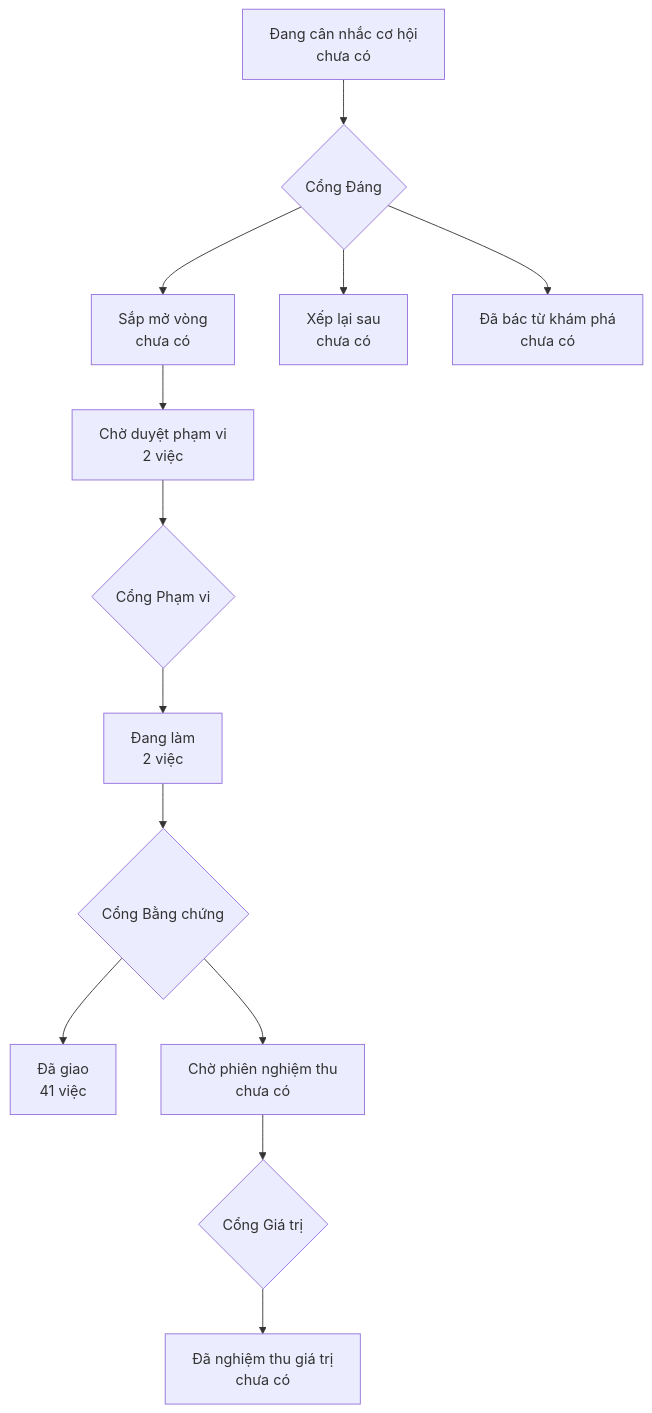
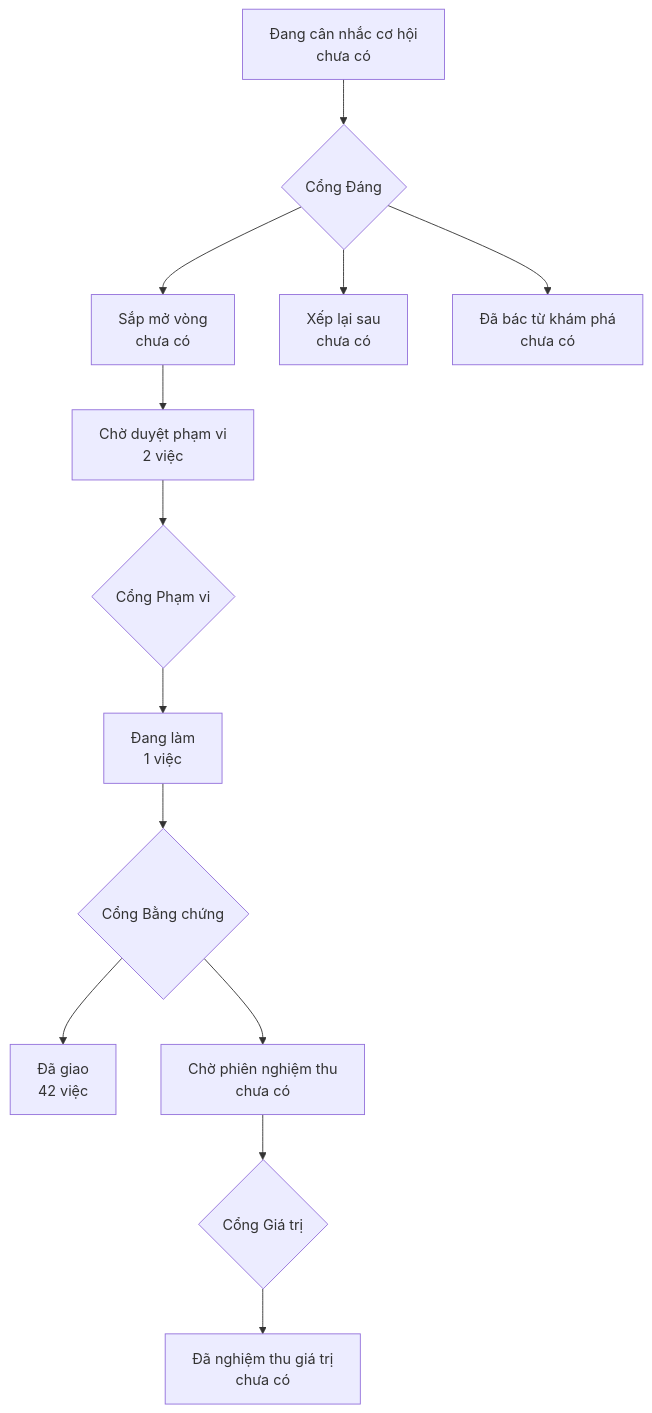
Before and after one commit to phanlemanh/acceptance-gate-kit: the diagram in PRODUCT-MAP.md, drawn with Mermaid. The commit also changed 3 other files, not shown here.

````diff
--- a/PRODUCT-MAP.md
+++ b/PRODUCT-MAP.md
@@ -6,12 +6,12 @@
 ```mermaid
 flowchart TD
   A["Đang cân nhắc cơ hội<br/>chưa có"] --> GD{"Cổng Đáng"}
   GD --> B["Sắp mở vòng<br/>chưa có"]
   GD --> XL["Xếp lại sau<br/>chưa có"]
   GD --> DB["Đã bác từ khám phá<br/>chưa có"]
   B --> CD["Chờ duyệt phạm vi<br/>2 việc"] --> GP{"Cổng Phạm vi"}
-  GP --> DL["Đang làm<br/>2 việc"] --> GB{"Cổng Bằng chứng"}
-  GB --> DG["Đã giao<br/>41 việc"]
+  GP --> DL["Đang làm<br/>1 việc"] --> GB{"Cổng Bằng chứng"}
+  GB --> DG["Đã giao<br/>42 việc"]
   GB --> CN["Chờ phiên nghiệm thu<br/>chưa có"] --> GG{"Cổng Giá trị"}
   GG --> NT["Đã nghiệm thu giá trị<br/>chưa có"]
 ```
````
